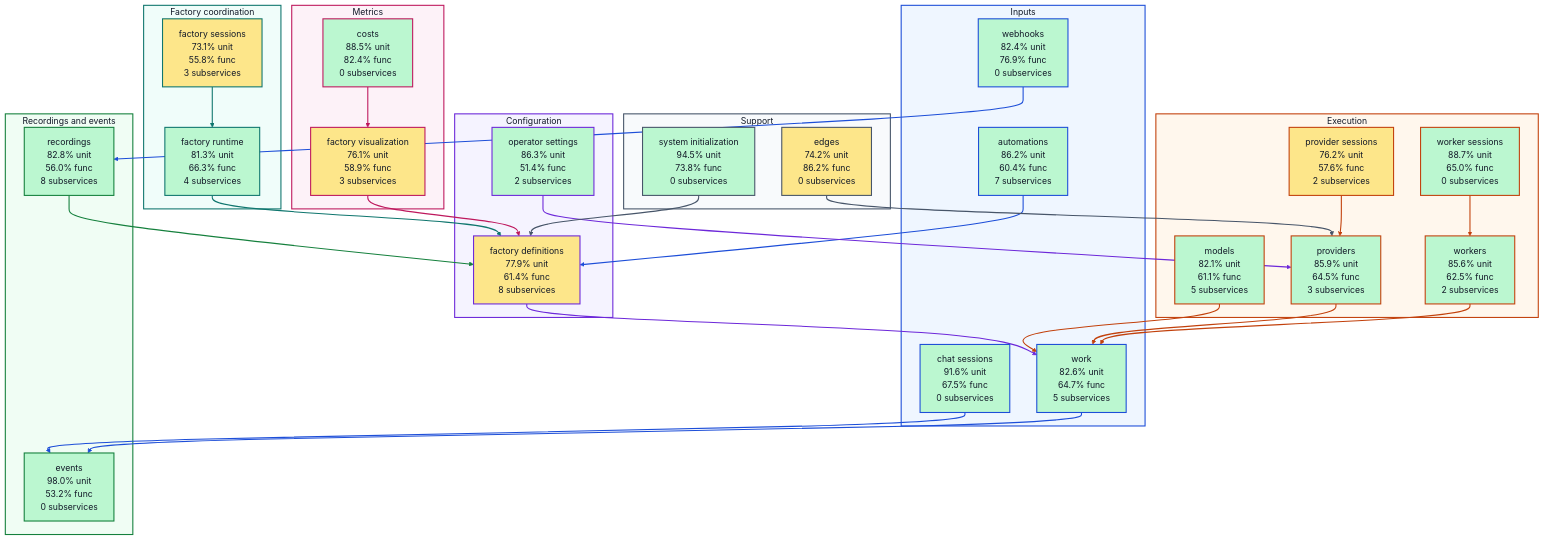
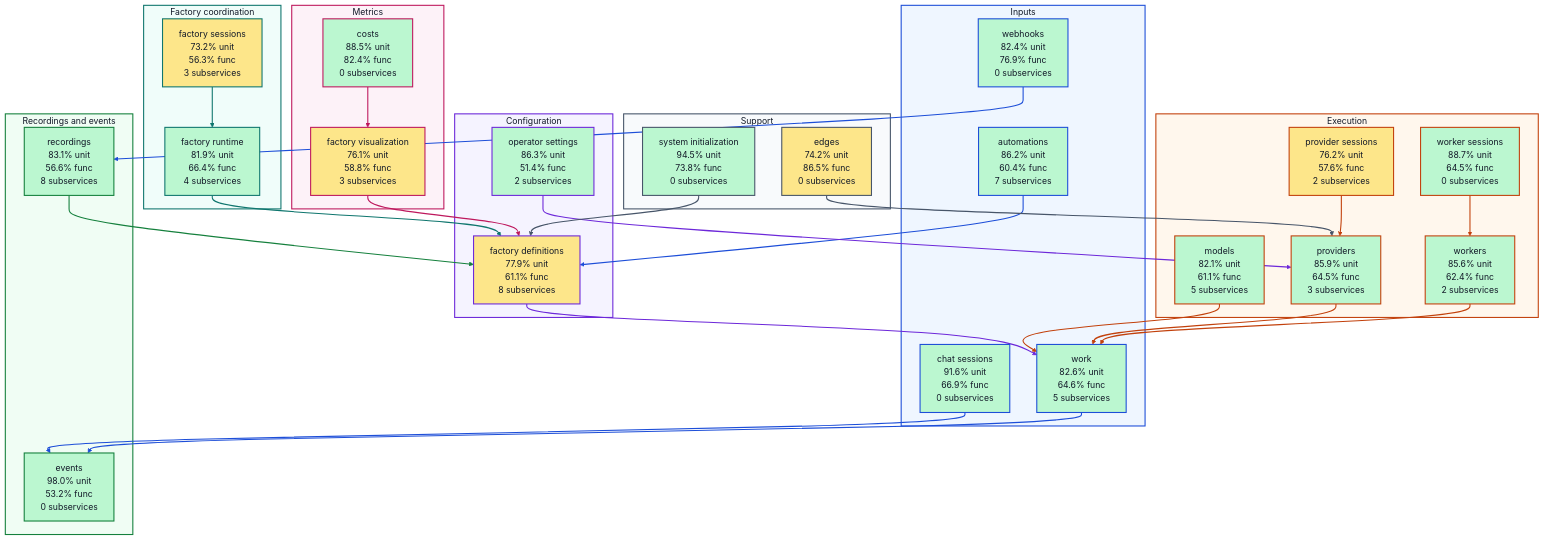
One commit to portpowered/you-agent-factory changed the diagram in docs/architecture/visualizations/high-level-test-coverage.md. Above: the diagram before and after it, drawn with Mermaid. The commit also changed other lines of this file and 20 other files, not shown here.

Commit message:
docs: refresh backend architecture visualizations

```diff
--- a/docs/architecture/visualizations/high-level-test-coverage.md
+++ b/docs/architecture/visualizations/high-level-test-coverage.md
@@ -12,35 +12,35 @@
 flowchart TB
   subgraph input["Inputs"]
     s_services_automations["automations<br/>86.2% unit<br/>60.4% func<br/>7 subservices"]
-    s_services_chat_sessions["chat sessions<br/>91.6% unit<br/>67.5% func<br/>0 subservices"]
+    s_services_chat_sessions["chat sessions<br/>91.6% unit<br/>66.9% func<br/>0 subservices"]
     s_services_webhooks["webhooks<br/>82.4% unit<br/>76.9% func<br/>0 subservices"]
-    s_services_work["work<br/>82.6% unit<br/>64.7% func<br/>5 subservices"]
+    s_services_work["work<br/>82.6% unit<br/>64.6% func<br/>5 subservices"]
   end
   subgraph configuration["Configuration"]
-    s_services_factory_definitions["factory definitions<br/>77.9% unit<br/>61.4% func<br/>8 subservices"]
+    s_services_factory_definitions["factory definitions<br/>77.9% unit<br/>61.1% func<br/>8 subservices"]
     s_services_operator_settings["operator settings<br/>86.3% unit<br/>51.4% func<br/>2 subservices"]
   end
   subgraph coordination["Factory coordination"]
-    s_services_factory_runtime["factory runtime<br/>81.3% unit<br/>66.3% func<br/>4 subservices"]
-    s_services_factory_sessions["factory sessions<br/>73.1% unit<br/>55.8% func<br/>3 subservices"]
+    s_services_factory_runtime["factory runtime<br/>81.9% unit<br/>66.4% func<br/>4 subservices"]
+    s_services_factory_sessions["factory sessions<br/>73.2% unit<br/>56.3% func<br/>3 subservices"]
   end
   subgraph execution["Execution"]
     s_services_models["models<br/>82.1% unit<br/>61.1% func<br/>5 subservices"]
     s_services_provider_sessions["provider sessions<br/>76.2% unit<br/>57.6% func<br/>2 subservices"]
     s_services_providers["providers<br/>85.9% unit<br/>64.5% func<br/>3 subservices"]
-    s_services_worker_sessions["worker sessions<br/>88.7% unit<br/>65.0% func<br/>0 subservices"]
-    s_services_workers["workers<br/>85.6% unit<br/>62.5% func<br/>2 subservices"]
+    s_services_worker_sessions["worker sessions<br/>88.7% unit<br/>64.5% func<br/>0 subservices"]
+    s_services_workers["workers<br/>85.6% unit<br/>62.4% func<br/>2 subservices"]
   end
   subgraph recordings["Recordings and events"]
     s_services_events["events<br/>98.0% unit<br/>53.2% func<br/>0 subservices"]
-    s_services_recordings["recordings<br/>82.8% unit<br/>56.0% func<br/>8 subservices"]
+    s_services_recordings["recordings<br/>83.1% unit<br/>56.6% func<br/>8 subservices"]
   end
   subgraph metrics["Metrics"]
     s_services_costs["costs<br/>88.5% unit<br/>82.4% func<br/>0 subservices"]
-    s_services_factory_visualization["factory visualization<br/>76.1% unit<br/>58.9% func<br/>3 subservices"]
+    s_services_factory_visualization["factory visualization<br/>76.1% unit<br/>58.8% func<br/>3 subservices"]
   end
   subgraph support["Support"]
-    s_services_edges["edges<br/>74.2% unit<br/>86.2% func<br/>0 subservices"]
+    s_services_edges["edges<br/>74.2% unit<br/>86.5% func<br/>0 subservices"]
     s_services_system_initialization["system initialization<br/>94.5% unit<br/>73.8% func<br/>0 subservices"]
   end
   s_services_automations --> s_services_factory_definitions
```
